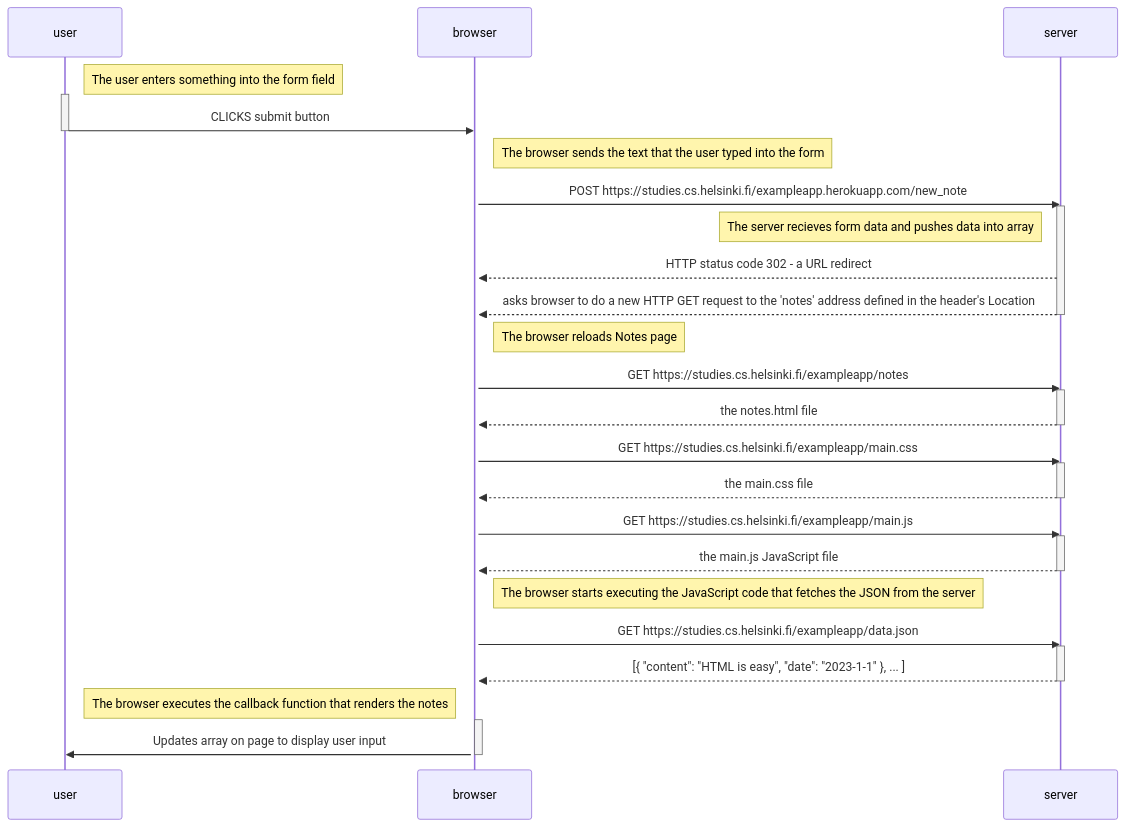
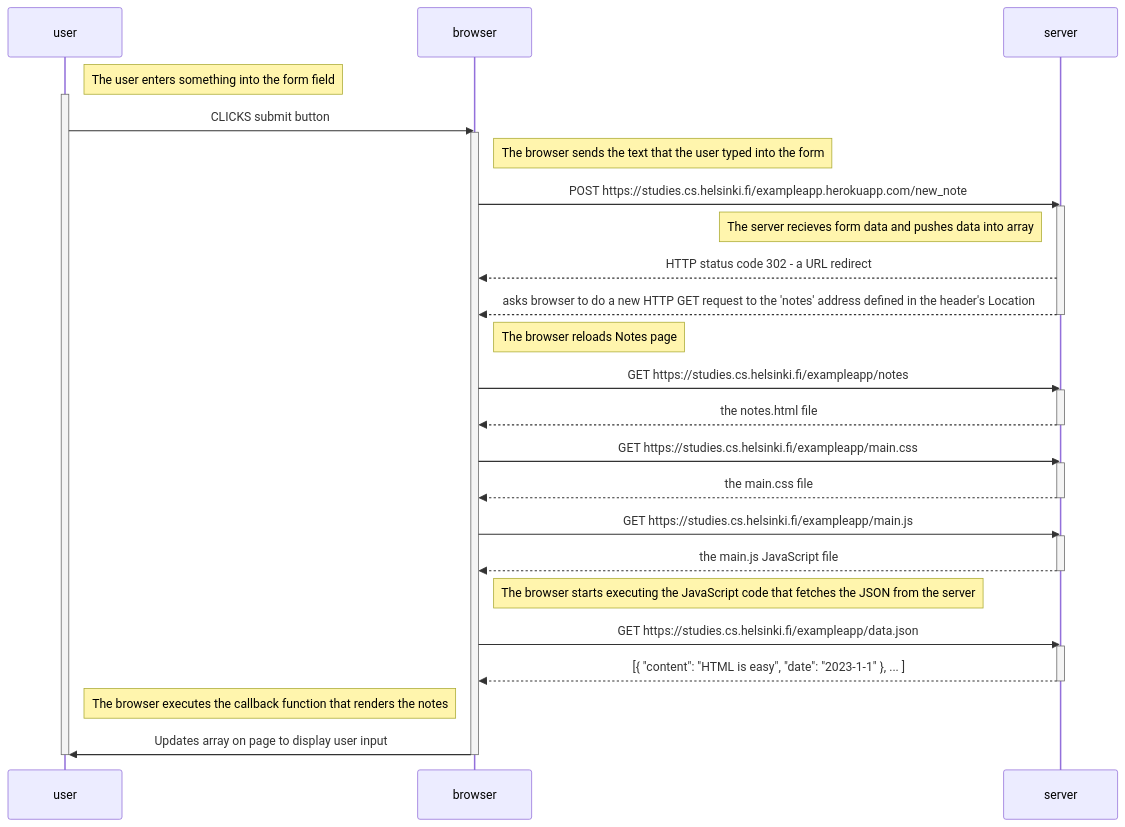
The diagram in part0/0.4NoteDiagram.md (Emma-Belg/FullStackOpenCourse), drawn with Mermaid before and after one commit.

````diff
--- a/part0/0.4NoteDiagram.md
+++ b/part0/0.4NoteDiagram.md
@@ -4,49 +4,48 @@
  ```mermaid
 sequenceDiagram
     participant user
     participant browser
     participant server
     
     Note right of user: The user enters something into the form field
     activate user
     user->>browser: CLICKS submit button
-    deactivate user
     activate browser
     Note right of browser: The browser sends the text that the user typed into the form
     browser->>server: POST https://studies.cs.helsinki.fi/exampleapp.herokuapp.com/new_note
     activate server
     Note left of server: The server recieves form data and pushes data into array
     server-->>browser: HTTP status code 302 - a URL redirect
     server-->>browser: asks browser to do a new HTTP GET request to the 'notes' address defined in the header's Location
     deactivate server
     
     Note right of browser: The browser reloads Notes page
     browser->>server: GET https://studies.cs.helsinki.fi/exampleapp/notes
     activate server
     server-->>browser: the notes.html file
     deactivate server
 
     browser->>server: GET https://studies.cs.helsinki.fi/exampleapp/main.css
     activate server
     server-->>browser: the main.css file
     deactivate server
-    
+
     browser->>server: GET https://studies.cs.helsinki.fi/exampleapp/main.js
     activate server
     server-->>browser: the main.js JavaScript file
     deactivate server
     
     Note right of browser: The browser starts executing the JavaScript code that fetches the JSON from the server
-    
+
     browser->>server: GET https://studies.cs.helsinki.fi/exampleapp/data.json
     activate server
     server-->>browser: [{ "content": "HTML is easy", "date": "2023-1-1" }, ... ]
     deactivate server    
 
     Note left of browser: The browser executes the callback function that renders the notes 
-    
-    activate browser
+
     browser->>user: Updates array on page to display user input
     deactivate browser
+    deactivate user
     
 ```
````
